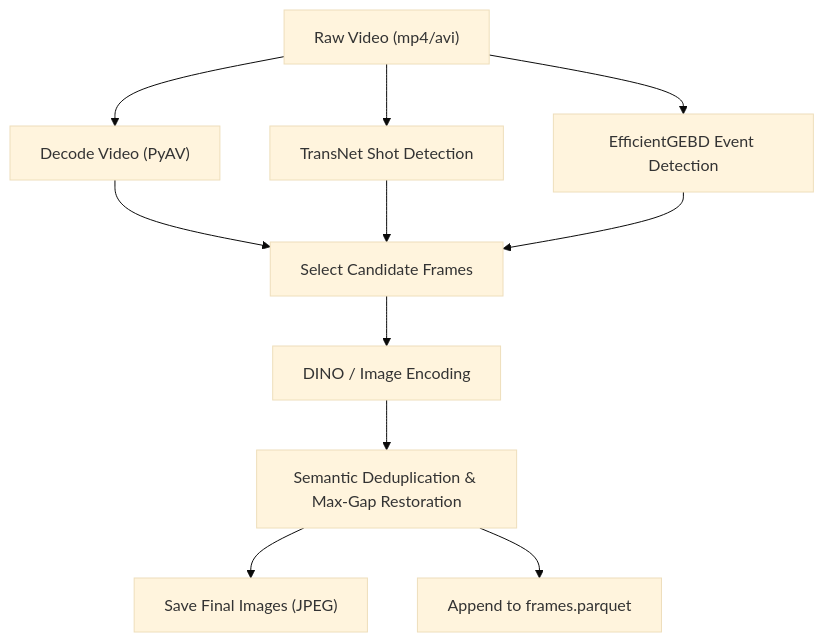
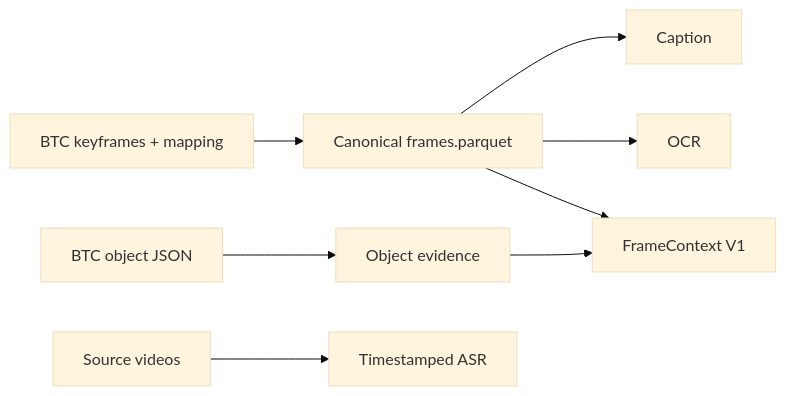
One commit to khang1108/MLeCDanBGold changed the first of 3 diagrams in src/hcmai/data/WORKFLOW.md. Above: the diagram before and after it, drawn with Mermaid (base theme). The commit also changed other lines of this file and 159 other files, not shown here.

````diff
--- a/src/hcmai/data/WORKFLOW.md
+++ b/src/hcmai/data/WORKFLOW.md
@@ -25,25 +26,10 @@
 ```mermaid
-flowchart TD
-    RawVideo["Raw Video (mp4/avi)"]
-    Decode["Decode Video (PyAV)"]
-    TransNet["TransNet Shot Detection"]
-    GEBD["EfficientGEBD Event Detection"]
-    Candidates["Select Candidate Frames"]
-    DINO["DINO / Image Encoding"]
-    Deduplicate["Semantic Deduplication & Max-Gap Restoration"]
-    Images["Save Final Images (JPEG)"]
-    Parquet["Append to frames.parquet"]
-
-    RawVideo --> Decode
-    RawVideo --> TransNet
-    RawVideo --> GEBD
-    
-    Decode --> Candidates
-    TransNet --> Candidates
-    GEBD --> Candidates
-    
-    Candidates --> DINO
-    DINO --> Deduplicate
-    Deduplicate --> Images
-    Deduplicate --> Parquet
+flowchart LR
+    BTCFrames["BTC keyframes + mapping"] --> FrameStore["Canonical frames.parquet"]
+    BTCObjects["BTC object JSON"] --> Objects["Object evidence"]
+    FrameStore --> Caption["Caption"]
+    FrameStore --> OCR["OCR"]
+    FrameStore --> Context["FrameContext V1"]
+    Objects --> Context
+    SourceVideos["Source videos"] --> ASR["Timestamped ASR"]
 ```
````
